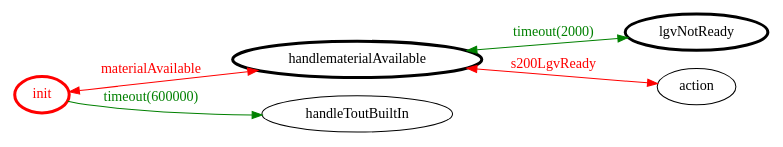
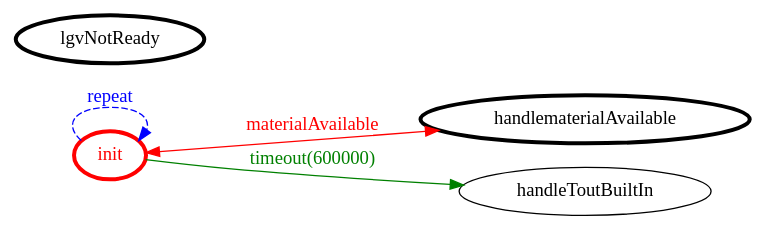
The diagram in it.unibo.e80/bin/it/unibo/sourcehandler/sourcehandler.gv (anatali/lss0), drawn with Graphviz before and after one commit. The commit also changed 377 other files, not shown here.

```diff
--- a/it.unibo.e80/bin/it/unibo/sourcehandler/sourcehandler.gv
+++ b/it.unibo.e80/bin/it/unibo/sourcehandler/sourcehandler.gv
@@ -1,20 +1,19 @@
 /*
 *
 * A GraphViz DOT FSM description 
 * Please use a GraphViz visualizer (like http://www.webgraphviz.com)
 *  
 */
 
 digraph finite_state_machine {
 	rankdir=LR
 	size="8,5"
 	
 	init [ color = red ][ fontcolor = red ][ penwidth = 3 ]
 	lgvNotReady [ color = black ][ fontcolor = black ][ penwidth = 3 ]
 	handlematerialAvailable [ color = black ][ fontcolor = black ][ penwidth = 3 ]
 	
 	init -> handleToutBuiltIn [ label = "timeout(600000)" ][ color = green ][ fontcolor = green ]
-	handlematerialAvailable -> action [ label = "s200LgvReady" ][ color = red ][ fontcolor = red ][ dir = both ]
-	handlematerialAvailable -> lgvNotReady [ label = "timeout(2000)" ][ color = green ][ fontcolor = green ][ dir = both ]
+	init -> init [ label = "repeat "][ style = dashed ][ color = blue ][ fontcolor = blue ]
 	init -> handlematerialAvailable [ label = "materialAvailable" ][ color = red ][ fontcolor = red ][ dir = both ]
 }
```
